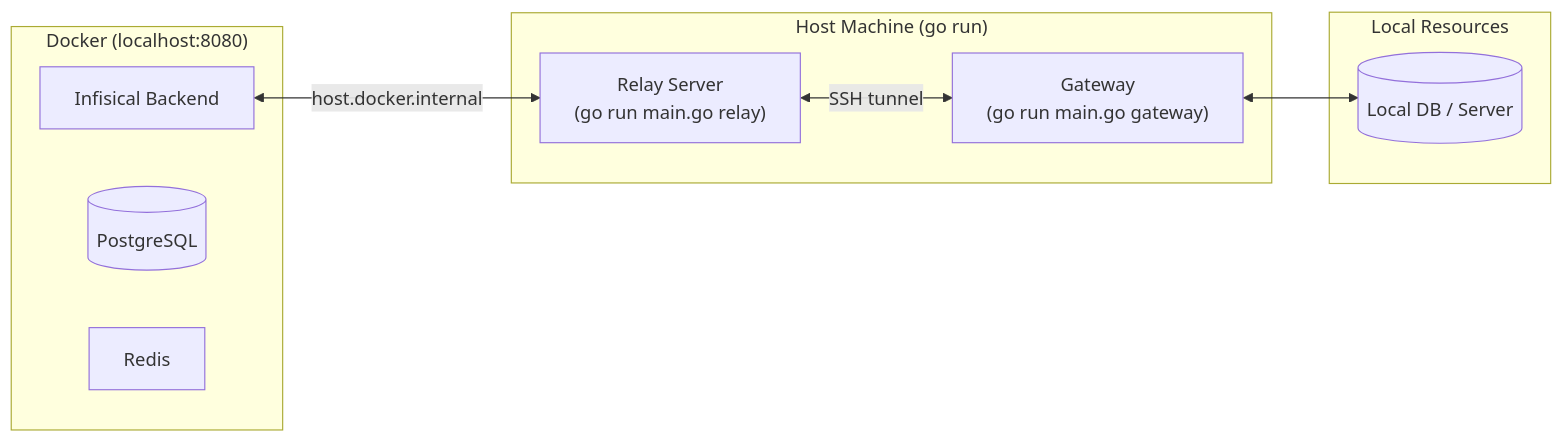
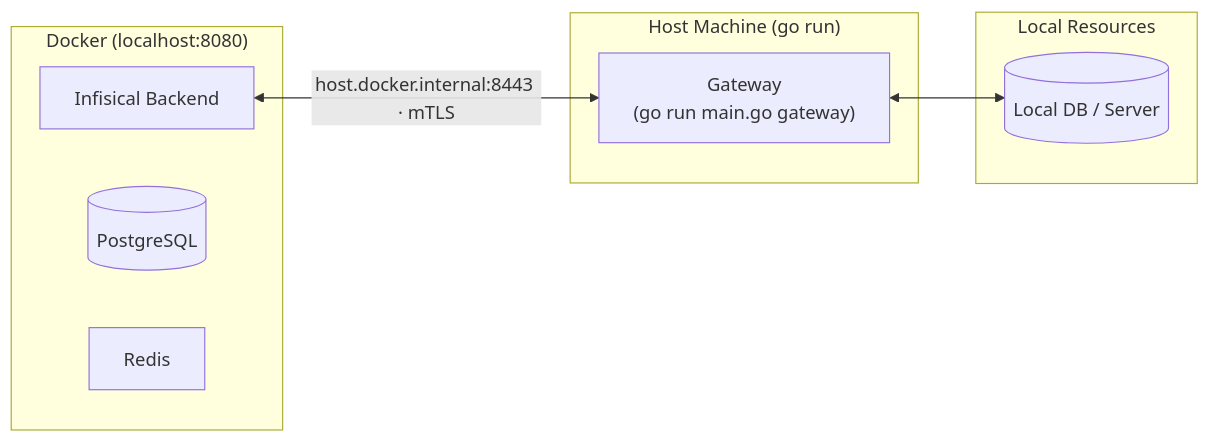
One commit to Infisical/infisical changed the diagram in docs/contributing/platform/pam-development.mdx. Above: the diagram before and after it, drawn with Mermaid. The commit also changed other lines of this file and 7 other files, not shown here.

````diff
--- a/docs/contributing/platform/pam-development.mdx
+++ b/docs/contributing/platform/pam-development.mdx
@@ -16,21 +16,19 @@
 ```mermaid
 graph LR
     subgraph Docker ["Docker (localhost:8080)"]
         Backend["Infisical Backend"]
         DB[("PostgreSQL")]
         Redis["Redis"]
     end
 
     subgraph Host ["Host Machine (go run)"]
-        Relay["Relay Server<br/>(go run main.go relay)"]
         Gateway["Gateway<br/>(go run main.go gateway)"]
     end
 
     subgraph Local ["Local Resources"]
         Target[("Local DB / Server")]
     end
 
-    Backend <-->|"host.docker.internal"| Relay
-    Relay <-->|"SSH tunnel"| Gateway
+    Backend <-->|"host.docker.internal:8443 · mTLS"| Gateway
     Gateway <--> Target
 ```
````
